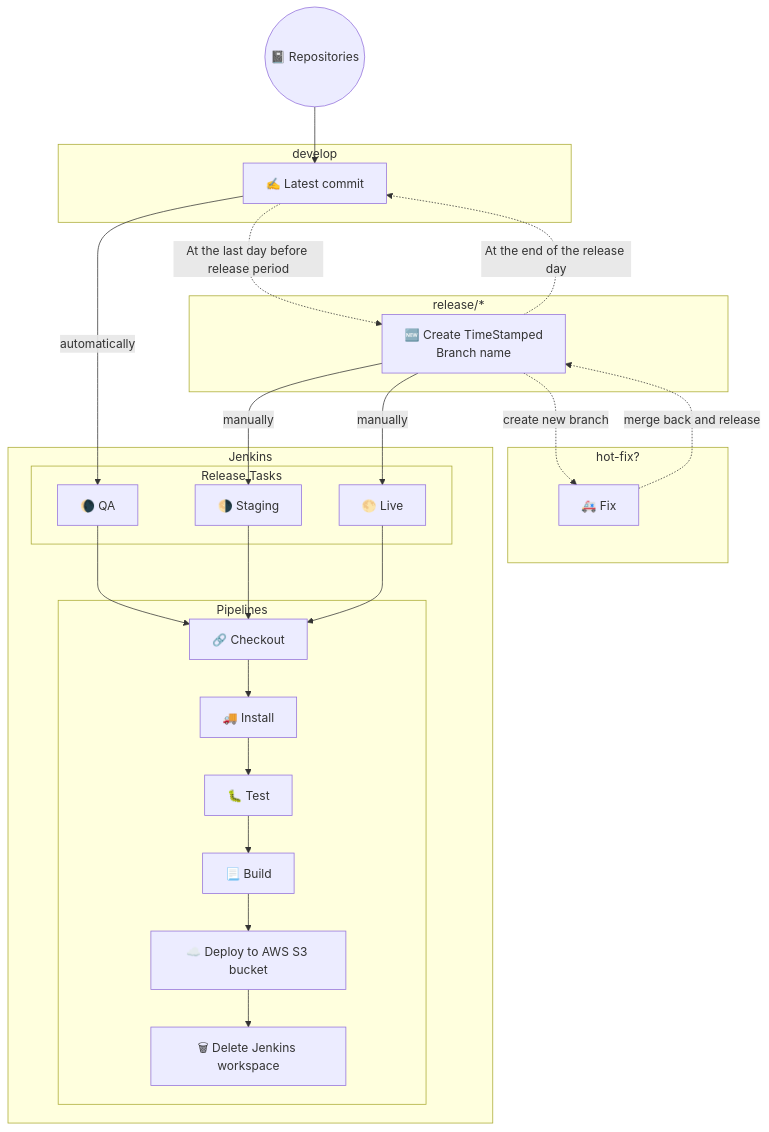
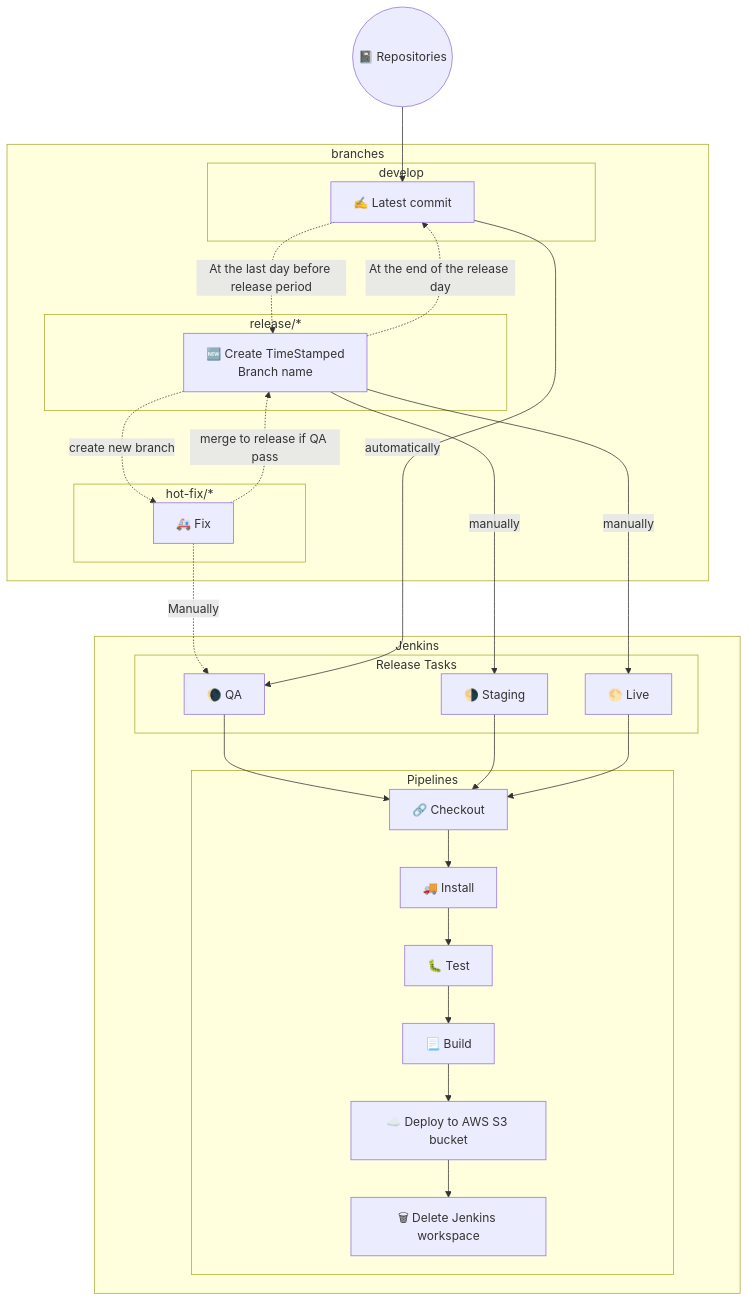
Before and after one commit to saury/devOps: the diagram in README.md, drawn with Mermaid.

Commit message:
docs: update general workflow

````diff
--- a/README.md
+++ b/README.md
@@ -15,37 +15,41 @@
 ```mermaid
 graph TD;
-    Title(("📓 Repositories"))
-		Title-->D["✍️ Latest commit"]
+  Title(("📓 Repositories"))
+  Title-->D
 
+  subgraph branches
     subgraph develop
-    D
+      D["✍️ Latest commit"]
     end
 
     subgraph release/*
-    D-.At the last day before release period.->ReleaseNode["🆕 Create TimeStamped <br> Branch name"]
-    ReleaseNode-.At the end of the release day.->D
+      D-.At the last day before release period.->ReleaseNode["🆕 Create TimeStamped <br> Branch name"]
+      ReleaseNode-.At the end of the release day.->D
     end
 
-    subgraph hot-fix?
-    ReleaseNode-.create new branch.->H;
-    H["🚑 Fix"]-.merge back and release.->ReleaseNode;
+    subgraph hot-fix/*
+      ReleaseNode-.create new branch.->H;
+      H["🚑 Fix"]-.merge to release if QA pass.->ReleaseNode;
     end
+  end
 
-    subgraph Jenkins
-      subgraph Release Tasks
+  subgraph Jenkins
+    subgraph Release Tasks
+      H-.Manually.->R1;
       D-->|"automatically"|R1["🌘 QA"]
       ReleaseNode-->|"manually"|R2["🌗 Staging"];
       ReleaseNode-->|"manually"|R3["🌕 Live"];
-      end
-      subgraph Pipelines
+    end
+
+    subgraph Pipelines
       R1-->J1
       R2-->J1
       R3-->J1
       J1["🔗 Checkout"]-->J2["🚚 Install"]
       J2-->J3["🐛 Test"]
       J3-->J4["📃 Build"]
       J4-->J5["☁️ Deploy to AWS S3 bucket"]
       J5-->J6["🗑 Delete Jenkins workspace"]
-      end
     end
+  end
 ```
````
